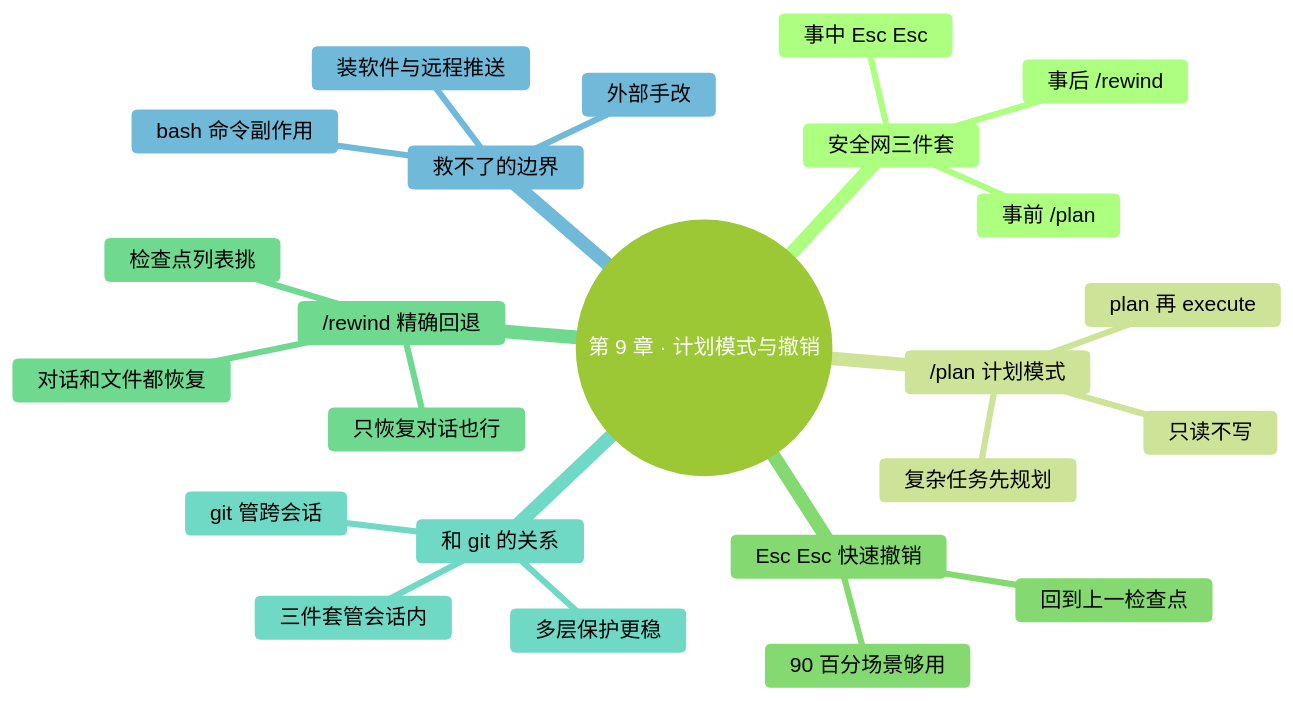
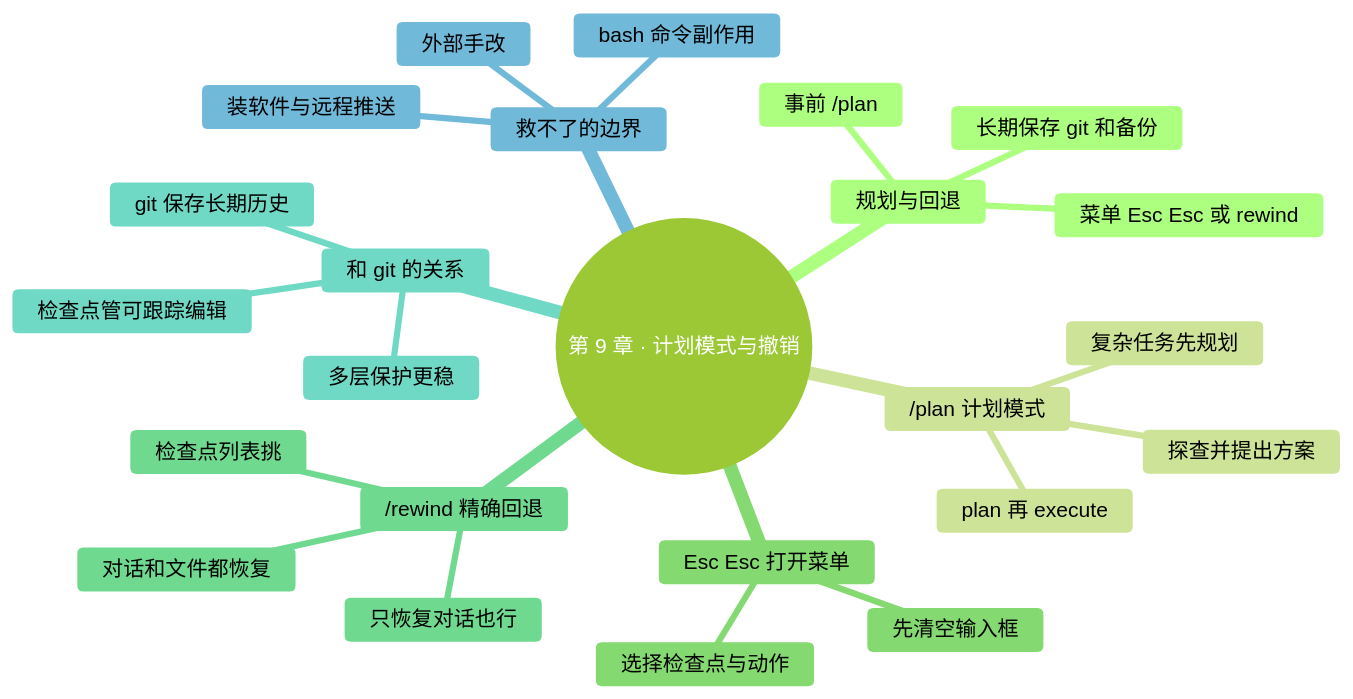
Before and after one commit to mali9527/claude-code-full-guide-for-beginners: the diagram in manuscript/part2-日常使用/09-计划模式与撤销.md, drawn with Mermaid. The commit also changed other lines of this file and 130 other files, not shown here.

````diff
--- a/manuscript/part2-日常使用/09-计划模式与撤销.md
+++ b/manuscript/part2-日常使用/09-计划模式与撤销.md
@@ -20,35 +22,35 @@
 ```mermaid
 ---
 config:
   theme: forest
   themeVariables:
     fontFamily: "-apple-system, 'SF Pro Text', 'PingFang SC', 'Helvetica Neue', sans-serif"
     fontSize: "17px"
     lineColor: "#D9D9D9"
 ---
 mindmap
   root((第 9 章 · 计划模式与撤销))
-    安全网三件套
+    规划与回退
       事前 /plan
-      事中 Esc Esc
-      事后 /rewind
+      菜单 Esc Esc 或 rewind
+      长期保存 git 和备份
     /plan 计划模式
-      只读不写
+      探查并提出方案
       复杂任务先规划
       plan 再 execute
-    Esc Esc 快速撤销
-      回到上一检查点
-      90 百分场景够用
+    Esc Esc 打开菜单
+      先清空输入框
+      选择检查点与动作
     /rewind 精确回退
       检查点列表挑
       对话和文件都恢复
       只恢复对话也行
     和 git 的关系
-      三件套管会话内
-      git 管跨会话
+      检查点管可跟踪编辑
+      git 保存长期历史
       多层保护更稳
     救不了的边界
       外部手改
       bash 命令副作用
       装软件与远程推送
 ```
````
